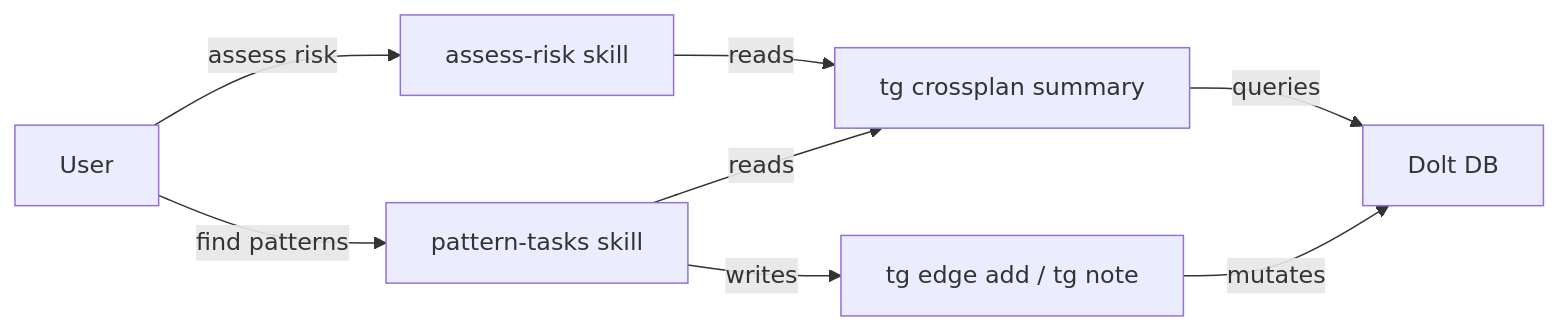
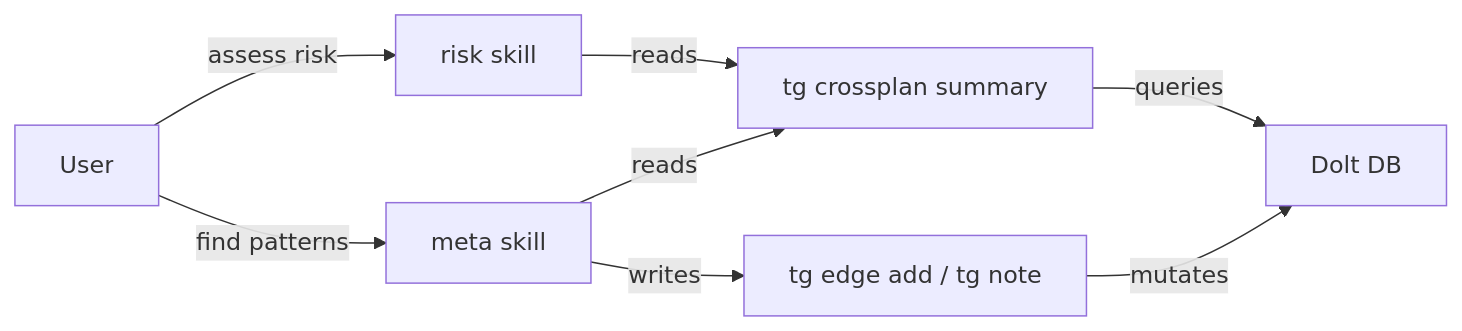
One commit to danalexilewis/Task-Graph changed the diagram in plans/26-02-26_meta_planning_skills.md. Above: the diagram before and after it, drawn with Mermaid. The commit also changed other lines of this file and 24 other files, not shown here.

````diff
--- a/plans/26-02-26_meta_planning_skills.md
+++ b/plans/26-02-26_meta_planning_skills.md
@@ -167,10 +167,10 @@
 ```mermaid
 graph LR
-  User -->|"assess risk"| A[assess-risk skill]
-  User -->|"find patterns"| B[pattern-tasks skill]
+  User -->|"assess risk"| A[risk skill]
+  User -->|"find patterns"| B[meta skill]
   A -->|reads| C[tg crossplan summary]
   B -->|reads| C
   B -->|writes| D[tg edge add / tg note]
   C -->|queries| E[Dolt DB]
   D -->|mutates| E
 ```
````
